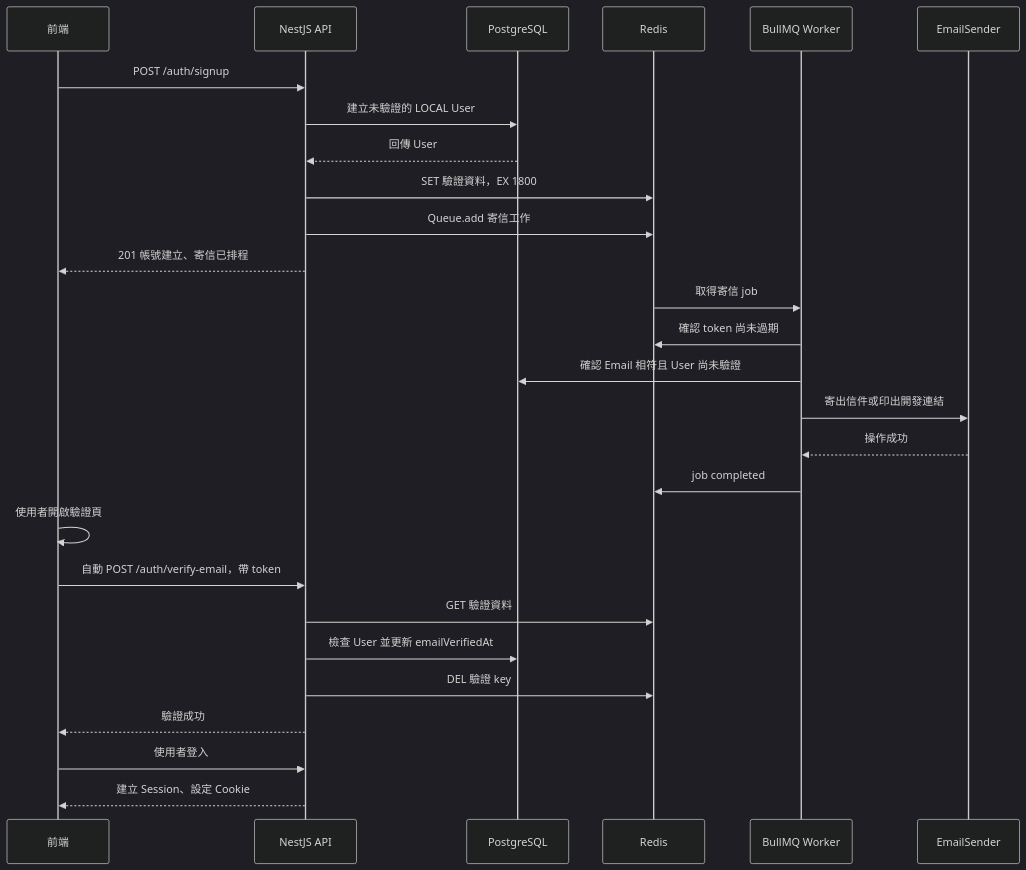
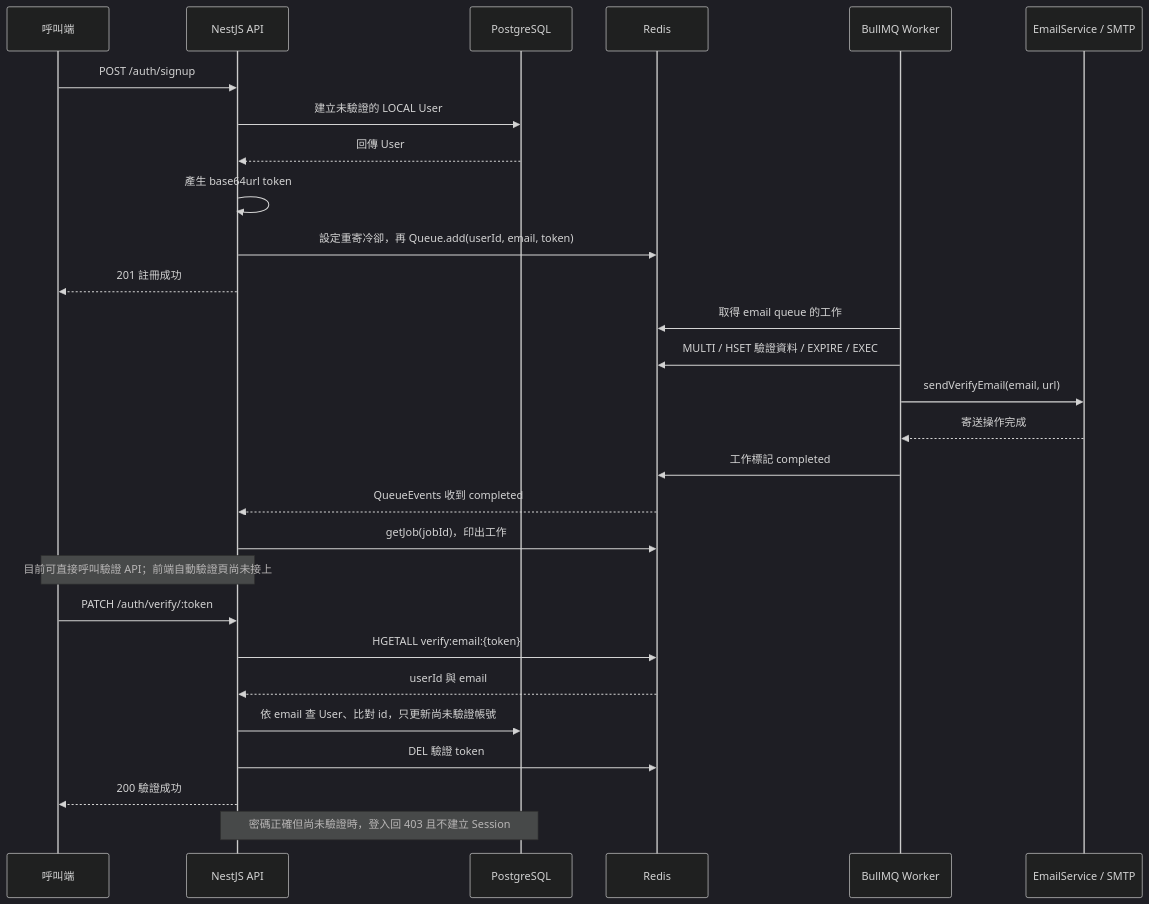
The diagram in docs/email-verification-worker-spec.md (a41522001/kanban), drawn with Mermaid (dark theme) before and after one commit. The commit also changed other lines of this file and 26 other files, not shown here.

````diff
--- a/docs/email-verification-worker-spec.md
+++ b/docs/email-verification-worker-spec.md
@@ -37,32 +21,33 @@
 ```mermaid
 sequenceDiagram
-    participant F as 前端
+    participant C as 呼叫端
     participant A as NestJS API
     participant D as PostgreSQL
     participant R as Redis
     participant W as BullMQ Worker
-    participant M as EmailSender
+    participant M as EmailService / SMTP
 
-    F->>A: POST /auth/signup
+    C->>A: POST /auth/signup
     A->>D: 建立未驗證的 LOCAL User
     D-->>A: 回傳 User
-    A->>R: SET 驗證資料，EX 1800
-    A->>R: Queue.add 寄信工作
-    A-->>F: 201 帳號建立、寄信已排程
+    A->>A: 產生 base64url token
+    A->>R: 設定重寄冷卻，再 Queue.add(userId, email, token)
+    A-->>C: 201 註冊成功
 
-    R->>W: 取得寄信 job
-    W->>R: 確認 token 尚未過期
-    W->>D: 確認 Email 相符且 User 尚未驗證
-    W->>M: 寄出信件或印出開發連結
-    M-->>W: 操作成功
-    W->>R: job completed
+    W->>R: 取得 email queue 的工作
+    W->>R: MULTI / HSET 驗證資料 / EXPIRE / EXEC
+    W->>M: sendVerifyEmail(email, url)
+    M-->>W: 寄送操作完成
+    W->>R: 工作標記 completed
+    R-->>A: QueueEvents 收到 completed
+    A->>R: getJob(jobId)，印出工作
 
-    F->>F: 使用者開啟驗證頁
-    F->>A: 自動 POST /auth/verify-email，帶 token
-    A->>R: GET 驗證資料
-    A->>D: 檢查 User 並更新 emailVerifiedAt
-    A->>R: DEL 驗證 key
-    A-->>F: 驗證成功
-    F->>A: 使用者登入
-    A-->>F: 建立 Session、設定 Cookie
+    Note over C,A: 目前可直接呼叫驗證 API；前端自動驗證頁尚未接上
+    C->>A: PATCH /auth/verify/:token
+    A->>R: HGETALL verify:email:{token}
+    R-->>A: userId 與 email
+    A->>D: 依 email 查 User、比對 id，只更新尚未驗證帳號
+    A->>R: DEL 驗證 token
+    A-->>C: 200 驗證成功
+    Note over A,D: 密碼正確但尚未驗證時，登入回 403 且不建立 Session
 ```
````
